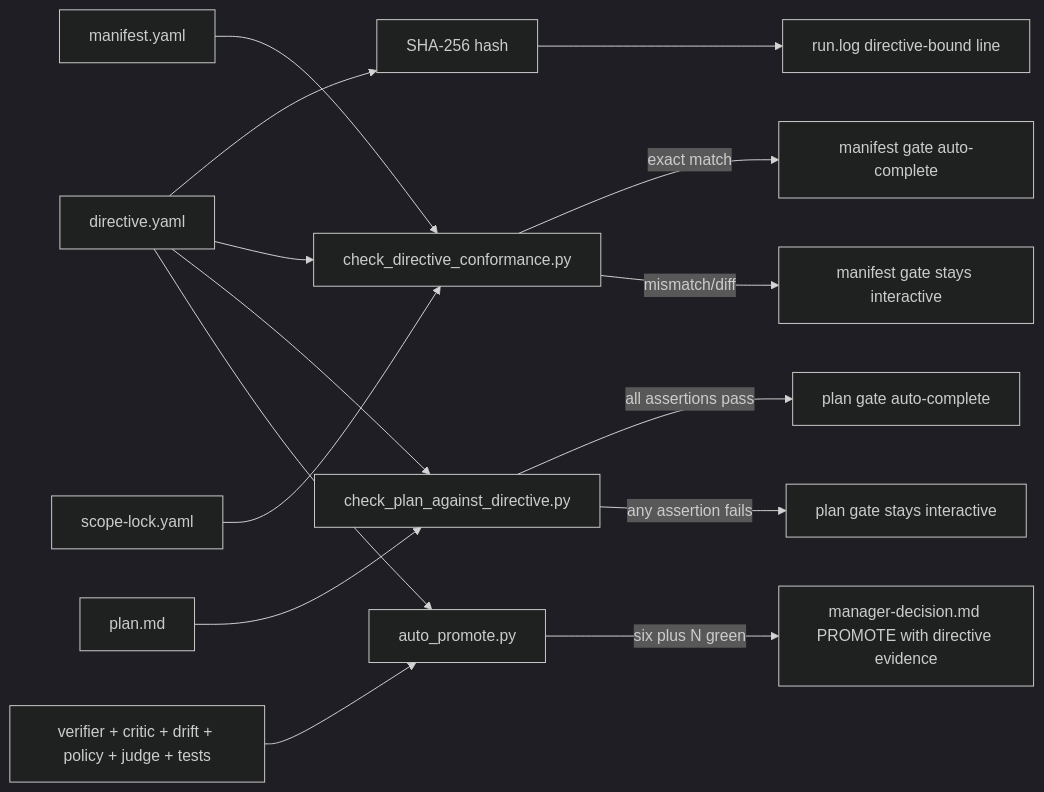
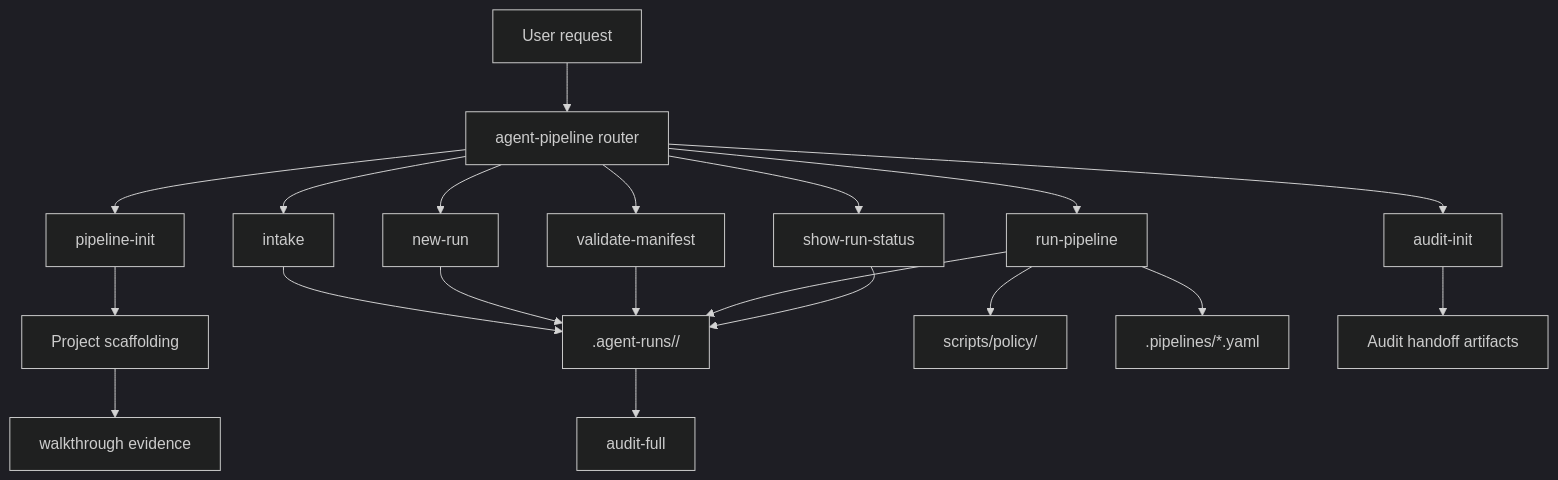
One commit to scottconverse/scottdevskills-suite changed the diagram in plugins/scott-dev-skills/skills/agent-pipeline/references/ARCHITECTURE.md. Above: the diagram before and after it, drawn with Mermaid (dark theme). The commit also changed other lines of this file and 68 other files, not shown here.

````diff
--- a/plugins/scott-dev-skills/skills/agent-pipeline/references/ARCHITECTURE.md
+++ b/plugins/scott-dev-skills/skills/agent-pipeline/references/ARCHITECTURE.md
@@ -225,17 +5,24 @@
 ```mermaid
-flowchart LR
-    D["directive.yaml"] --> H["SHA-256 hash"]
-    H --> L["run.log directive-bound line"]
-    D --> C1["check_directive_conformance.py"]
-    M["manifest.yaml"] --> C1
-    S["scope-lock.yaml"] --> C1
-    C1 -->|"exact match"| MG["manifest gate auto-complete"]
-    C1 -->|"mismatch/diff"| MI["manifest gate stays interactive"]
-    D --> C2["check_plan_against_directive.py"]
-    P["plan.md"] --> C2
-    C2 -->|"all assertions pass"| PG["plan gate auto-complete"]
-    C2 -->|"any assertion fails"| PI["plan gate stays interactive"]
-    D --> AP["auto_promote.py"]
-    Stack["verifier + critic + drift + policy + judge + tests"] --> AP
-    AP -->|"six plus N green"| MD["manager-decision.md PROMOTE with directive evidence"]
+flowchart TD
+  User["User request"] --> Router["agent-pipeline router"]
+  Router --> Init["pipeline-init"]
+  Router --> Intake["intake"]
+  Router --> NewRun["new-run"]
+  Router --> Validate["validate-manifest"]
+  Router --> Run["run-pipeline"]
+  Router --> Status["show-run-status"]
+  Router --> AuditInit["audit-init"]
+
+  Init --> Project["Project scaffolding"]
+  Intake --> RunDir[".agent-runs/<run-id>/"]
+  NewRun --> RunDir
+  Validate --> RunDir
+  Run --> RunDir
+  Run --> Policy["scripts/policy/"]
+  Run --> PipelineDefs[".pipelines/*.yaml"]
+  Status --> RunDir
+  AuditInit --> AuditDocs["Audit handoff artifacts"]
+
+  RunDir --> AuditFull["audit-full"]
+  Project --> Walkthrough["walkthrough evidence"]
 ```
````
